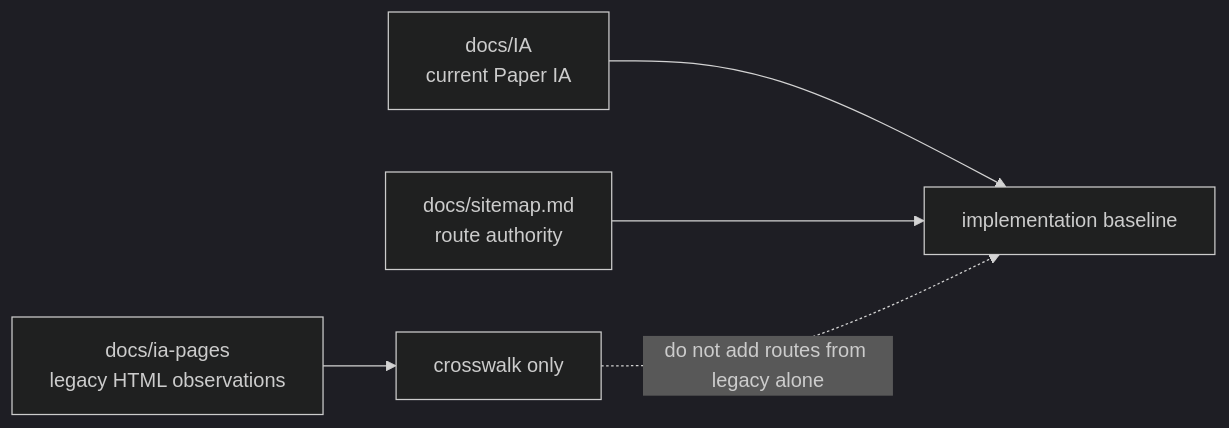
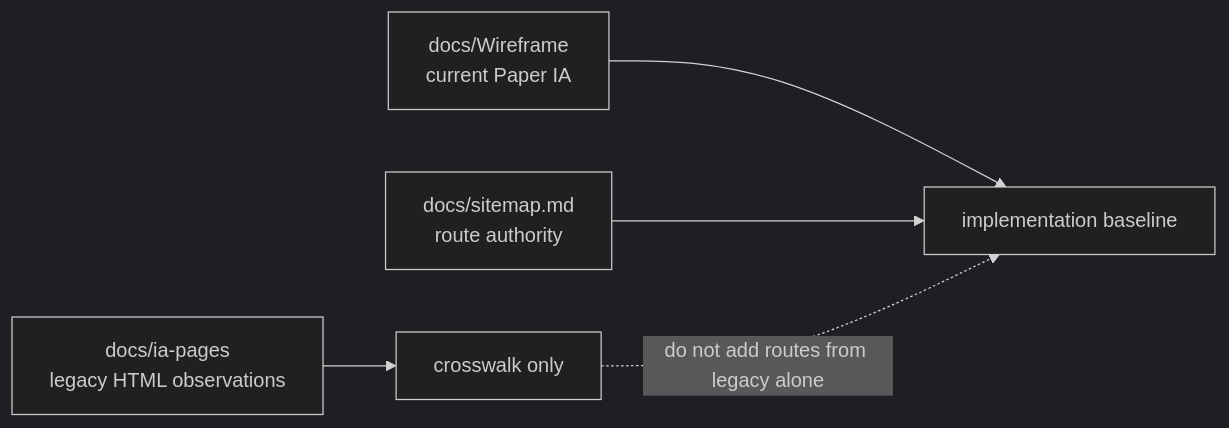
The diagram in docs/ia-pages/README.md (blackstarzck/topik-project-v13), drawn with Mermaid (dark theme) before and after one commit. The commit also changed other lines of this file and 292 other files, not shown here.

````diff
--- a/docs/ia-pages/README.md
+++ b/docs/ia-pages/README.md
@@ -14,7 +14,7 @@
 ```mermaid
 flowchart LR
     LEGACY["docs/ia-pages\nlegacy HTML observations"] --> CROSSWALK["crosswalk only"]
-    CURRENT["docs/IA\ncurrent Paper IA"] --> IMPLEMENT["implementation baseline"]
+    CURRENT["docs/Wireframe\ncurrent Paper IA"] --> IMPLEMENT["implementation baseline"]
     SITEMAP["docs/sitemap.md\nroute authority"] --> IMPLEMENT
     CROSSWALK -. "do not add routes from legacy alone" .-> IMPLEMENT
 ```
````
